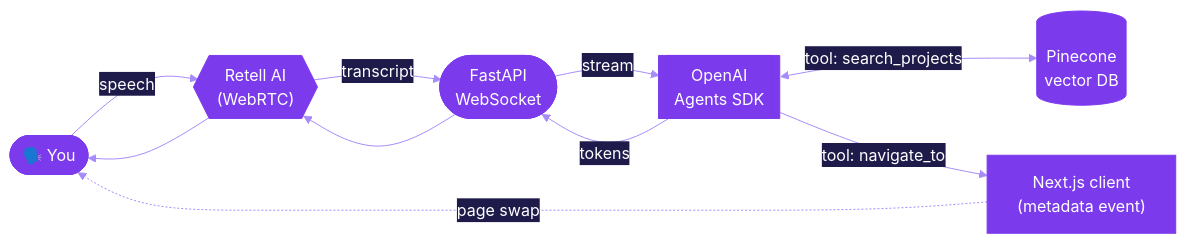
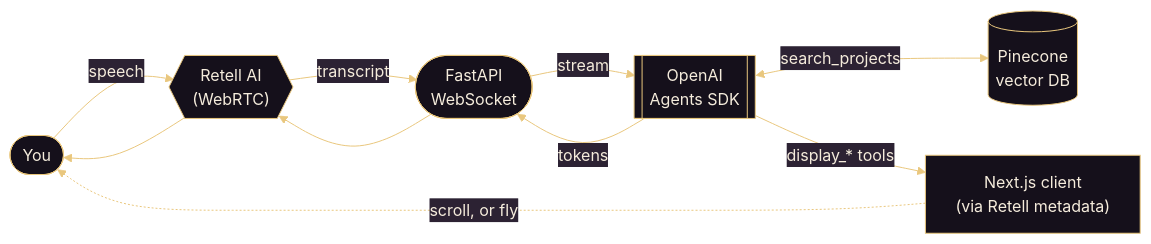
One commit to IdkwhatImD0ing/PortfolioV5 changed the second of 2 diagrams in README.md. Above: the diagram before and after it, drawn with Mermaid. The commit also changed other lines of this file and 6 other files, not shown here.

````diff
--- a/README.md
+++ b/README.md
@@ -41,11 +134,11 @@
 ```mermaid
-%%{init: {'theme':'base', 'themeVariables': {'primaryColor':'#7C3AED','primaryTextColor':'#fff','primaryBorderColor':'#7C3AED','lineColor':'#A78BFA','secondaryColor':'#1E1B4B','tertiaryColor':'#0a0a0a'}}}%%
+%%{init: {'theme':'base', 'themeVariables': {'primaryColor':'#15101b','primaryTextColor':'#f5ecdc','primaryBorderColor':'#e9c77e','lineColor':'#e9c77e','secondaryColor':'#2c2233','tertiaryColor':'#0e0c14','fontFamily':'Georgia, serif'}}}%%
 flowchart LR
-  U(["🗣️ You"]) -- "speech" --> R{{"Retell AI<br/>(WebRTC)"}}
+  U(["You"]) -- "speech" --> R{{"Retell AI<br/>(WebRTC)"}}
   R -- "transcript" --> WS(["FastAPI<br/>WebSocket"])
   WS -- "stream" --> A[["OpenAI<br/>Agents SDK"]]
-  A <-- "tool: search_projects" --> P[("Pinecone<br/>vector DB")]
-  A -- "tool: navigate_to" --> N["Next.js client<br/>(metadata event)"]
+  A <-- "search_projects" --> P[("Pinecone<br/>vector DB")]
+  A -- "display_* tools" --> N["Next.js client<br/>(via Retell metadata)"]
   A -- "tokens" --> WS --> R --> U
-  N -. "page swap" .-> U
+  N -. "scroll, or fly" .-> U
 ```
````
